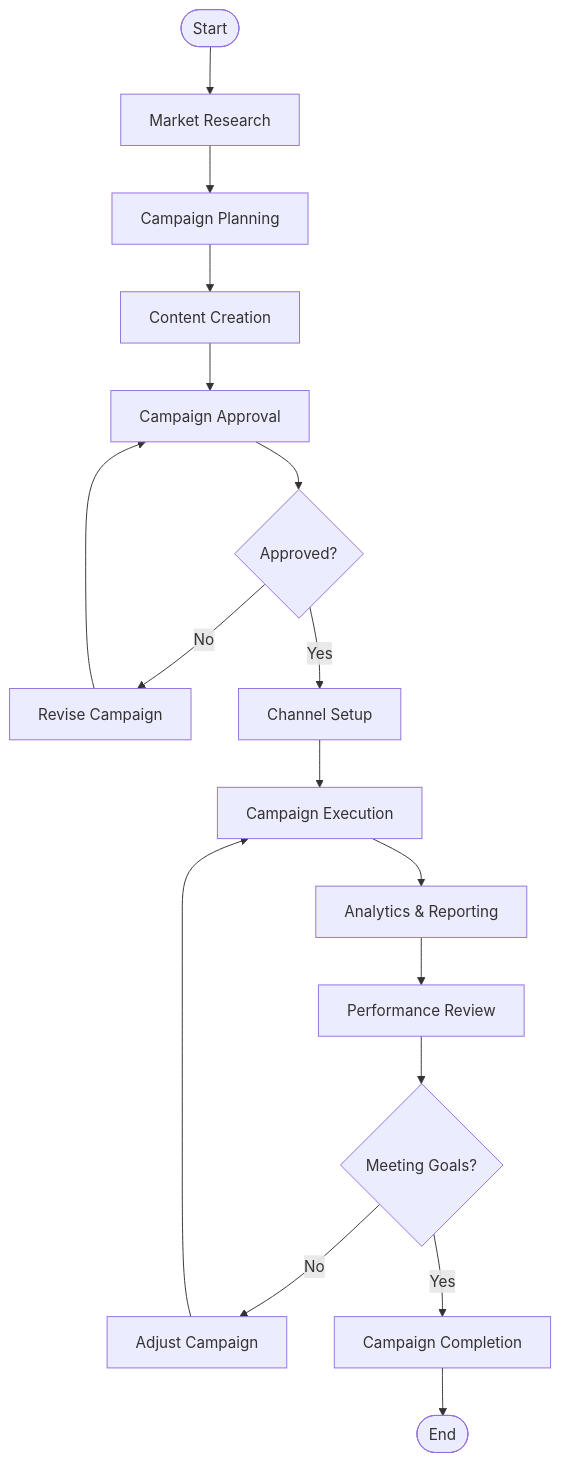
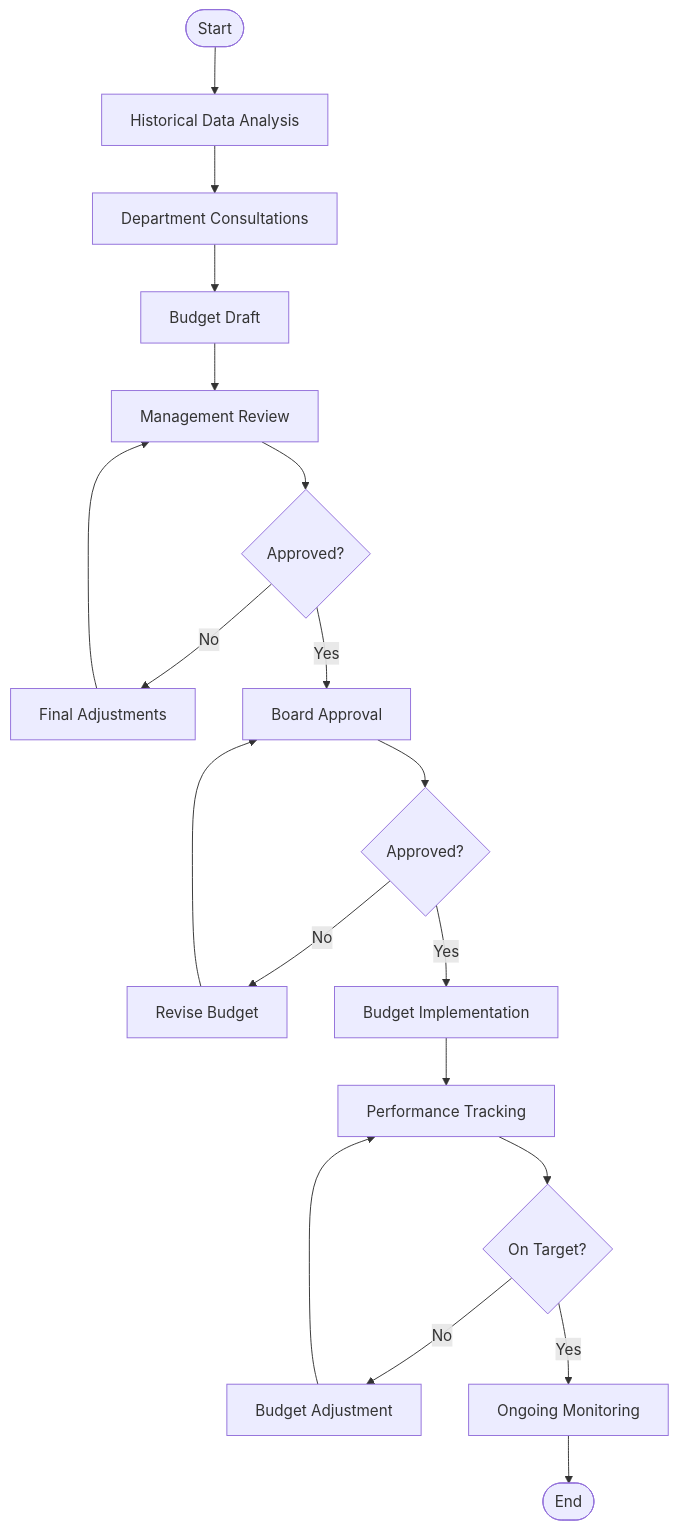
Before and after one commit to tharaka911/activity-diagram: the second of 2 diagrams in test2.md, drawn with Mermaid. The commit also changed other lines of this file and 1 other file, not shown here.

````diff
--- a/test2.md
+++ b/test2.md
@@ -73,19 +27,21 @@
 ```mermaid
 flowchart TD
-    A([Start]) --> B[Market Research]
-    B --> C[Campaign Planning]
-    C --> D[Content Creation]
-    D --> E[Campaign Approval]
+    A([Start]) --> B[Historical Data Analysis]
+    B --> C[Department Consultations]
+    C --> D[Budget Draft]
+    D --> E[Management Review]
     E --> F{Approved?}
-    F -->|No| G[Revise Campaign]
+    F -->|No| G[Final Adjustments]
     G --> E
-    F -->|Yes| H[Channel Setup]
-    H --> I[Campaign Execution]
-    I --> J[Analytics & Reporting]
-    J --> K[Performance Review]
-    K --> L{Meeting Goals?}
-    L -->|No| M[Adjust Campaign]
-    M --> I
-    L -->|Yes| N[Campaign Completion]
-    N --> O([End])
+    F -->|Yes| H[Board Approval]
+    H --> I{Approved?}
+    I -->|No| J[Revise Budget]
+    J --> H
+    I -->|Yes| K[Budget Implementation]
+    K --> L[Performance Tracking]
+    L --> M{On Target?}
+    M -->|No| N[Budget Adjustment]
+    N --> L
+    M -->|Yes| O[Ongoing Monitoring]
+    O --> P([End])
 ```
````
